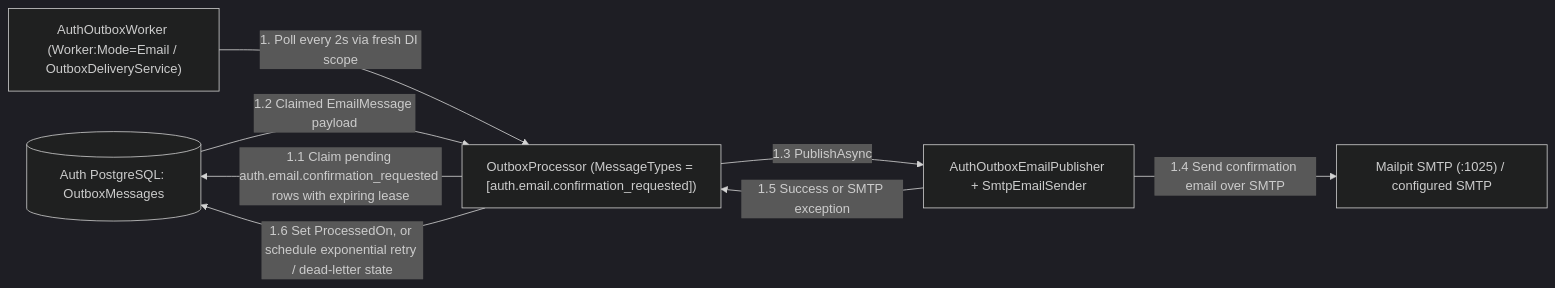
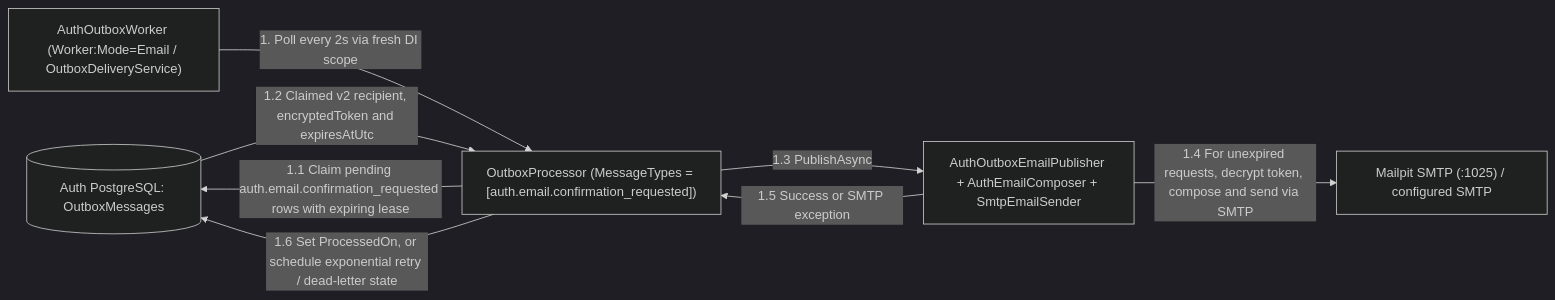
Before and after one commit to bogdan-spilevoi/ASET-master-year-1: the second of 7 diagrams in src/Services/Auth/COMMUNICATION.md, drawn with Mermaid (dark theme). The commit also changed other lines of this file and 25 other files, not shown here.

First line of the commit message:
Secure auth confirmation emails

````diff
--- a/src/Services/Auth/COMMUNICATION.md
+++ b/src/Services/Auth/COMMUNICATION.md
@@ -55,16 +55,16 @@
 ```mermaid
 flowchart LR
     DB[("Auth PostgreSQL: OutboxMessages")]
     EmailWorker["AuthOutboxWorker (Worker:Mode=Email / OutboxDeliveryService)"]
     Processor["OutboxProcessor (MessageTypes = [auth.email.confirmation_requested])"]
-    EmailPub["AuthOutboxEmailPublisher + SmtpEmailSender"]
+    EmailPub["AuthOutboxEmailPublisher + AuthEmailComposer + SmtpEmailSender"]
     Mailpit["Mailpit SMTP (:1025) / configured SMTP"]
 
     EmailWorker -->|"1. Poll every 2s via fresh DI scope"| Processor
     Processor -->|"1.1 Claim pending auth.email.confirmation_requested rows with expiring lease"| DB
-    DB -->|"1.2 Claimed EmailMessage payload"| Processor
+    DB -->|"1.2 Claimed v2 recipient, encryptedToken and expiresAtUtc"| Processor
     Processor -->|"1.3 PublishAsync"| EmailPub
-    EmailPub -->|"1.4 Send confirmation email over SMTP"| Mailpit
+    EmailPub -->|"1.4 For unexpired requests, decrypt token, compose and send via SMTP"| Mailpit
     EmailPub -->|"1.5 Success or SMTP exception"| Processor
     Processor -->|"1.6 Set ProcessedOn, or schedule exponential retry / dead-letter state"| DB
 ```
````
